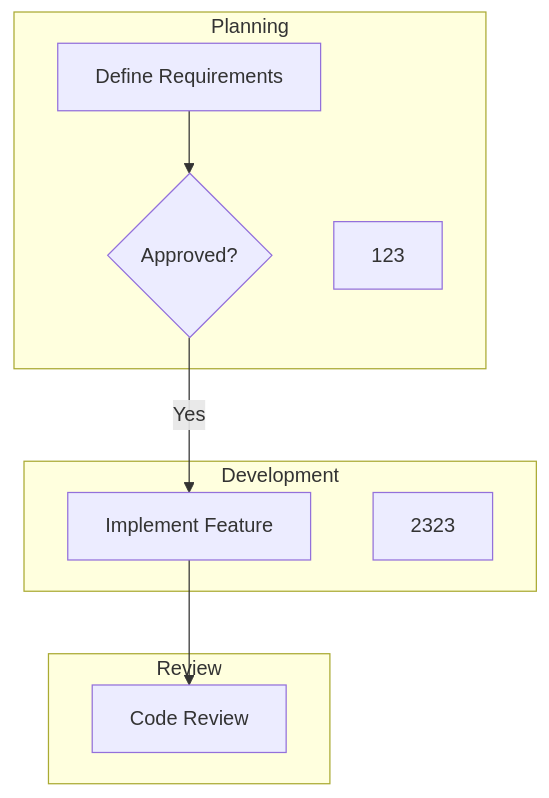
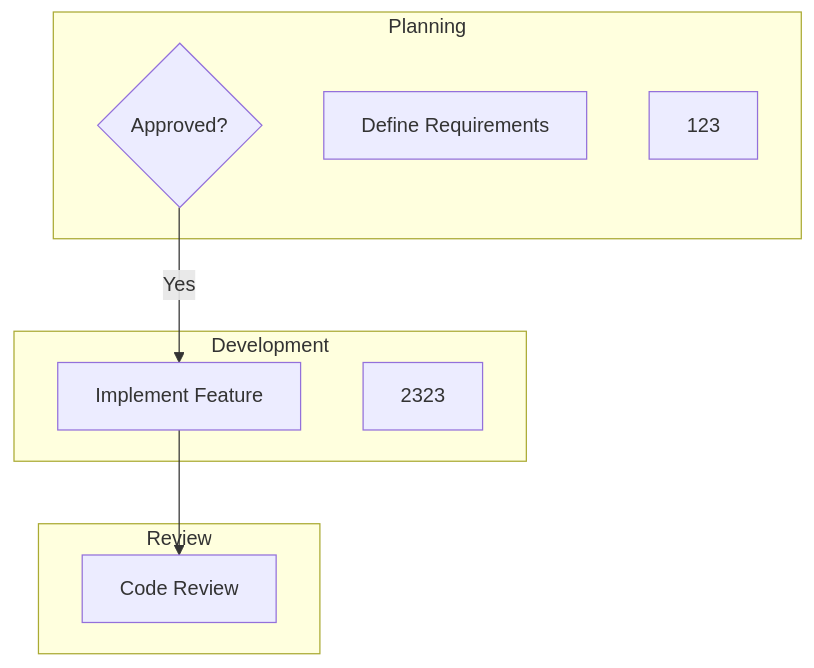
The diagram in mmd/test_84b92440-cb4f-4cf1-a801-4a0af98297f6.mmd (pingpm/mermaid_vault), drawn with Mermaid before and after one commit. The commit also changed 2 other files, not shown here.

Commit message:
Sync Mermaid Studio data (11 diagrams)

```diff
--- a/mmd/test_84b92440-cb4f-4cf1-a801-4a0af98297f6.mmd
+++ b/mmd/test_84b92440-cb4f-4cf1-a801-4a0af98297f6.mmd
@@ -1,16 +1,15 @@
 graph TD
+  subgraph lane_lane_1["Planning"]
+    t_task_2{"Approved?"}
+    t_task_1["Define Requirements"]
+    t_a70500eb_9a66_4d04_bc7b_e924cf56c7e2["123"]
+  end
   subgraph lane_lane_3["Review"]
     t_task_4["Code Review"]
-  end
-  subgraph lane_lane_1["Planning"]
-    t_task_1["Define Requirements"]
-    t_task_2{"Approved?"}
-    t_a70500eb_9a66_4d04_bc7b_e924cf56c7e2["123"]
   end
   subgraph lane_lane_2["Development"]
     t_task_3["Implement Feature"]
     t_43b12910_5a3e_485e_8185_afcefd1cbb3b["2323"]
   end
-  t_task_1 --> t_task_2
   t_task_2 -->|"Yes"| t_task_3
   t_task_3 --> t_task_4
```
